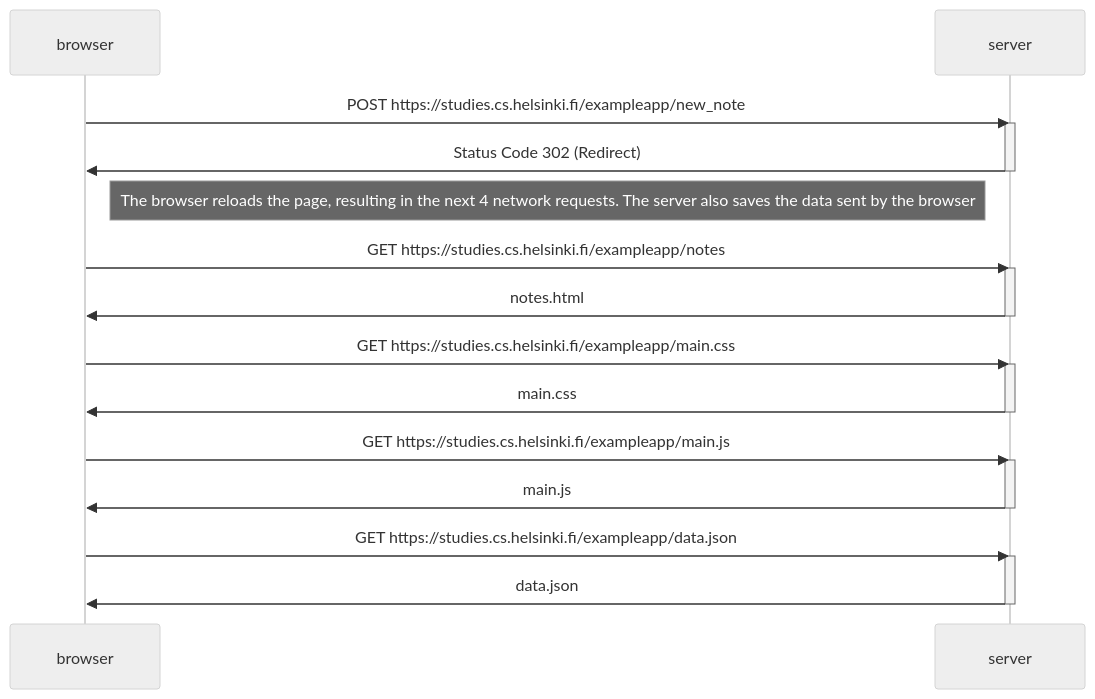
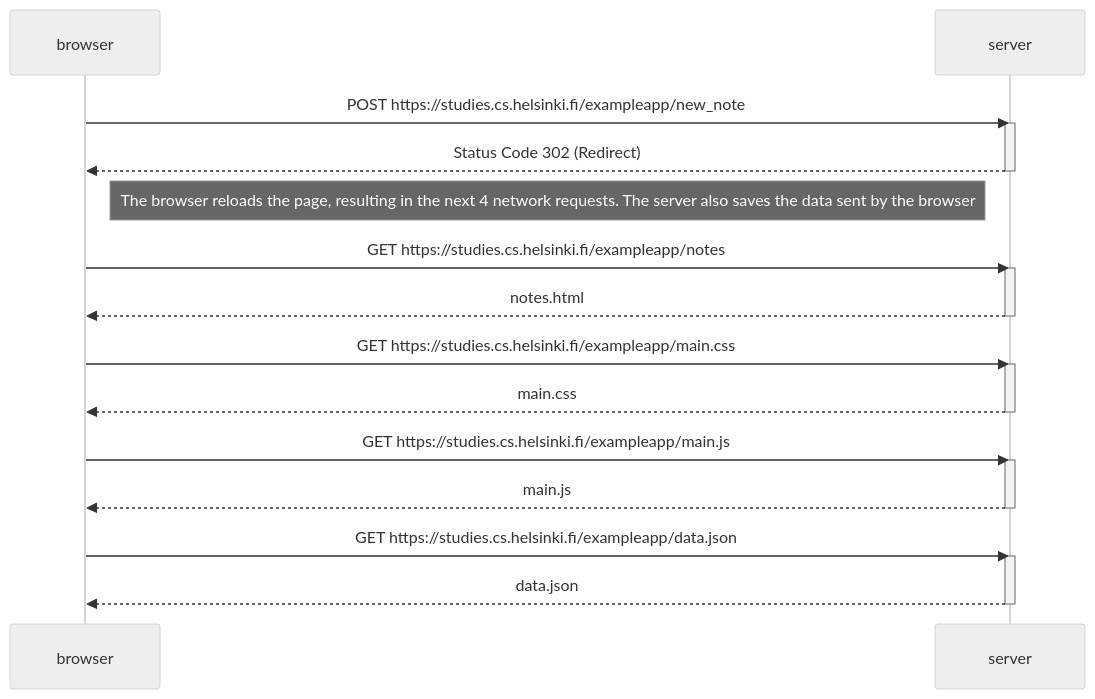
Before and after one commit to vd41702/fullstackopencourse: the diagram in part0/exercise0-4.md, drawn with Mermaid (neutral theme).

Commit message:
change server response arrows to correct format

````diff
--- a/part0/exercise0-4.md
+++ b/part0/exercise0-4.md
@@ -1,34 +1,34 @@
 ```mermaid
     sequenceDiagram
         participant browser
         participant server
 
         browser->>server: POST https://studies.cs.helsinki.fi/exampleapp/new_note
         activate server
-        server->>browser: Status Code 302 (Redirect)
+        server-->>browser: Status Code 302 (Redirect)
         deactivate server
 
         Note left of server: The browser reloads the page, resulting in the next 4 network requests. The server also saves the data sent by the browser
 
         browser->>server: GET https://studies.cs.helsinki.fi/exampleapp/notes
         activate server
-        server->>browser: notes.html
+        server-->>browser: notes.html
         deactivate server
 
 
         browser->>server: GET https://studies.cs.helsinki.fi/exampleapp/main.css
         activate server
-        server->>browser: main.css
+        server-->>browser: main.css
         deactivate server
 
 
         browser->>server: GET https://studies.cs.helsinki.fi/exampleapp/main.js
         activate server
-        server->>browser: main.js
+        server-->>browser: main.js
         deactivate server
 
         browser->>server: GET https://studies.cs.helsinki.fi/exampleapp/data.json
         activate server
-        server->>browser: data.json
+        server-->>browser: data.json
         deactivate server
 ```
````
